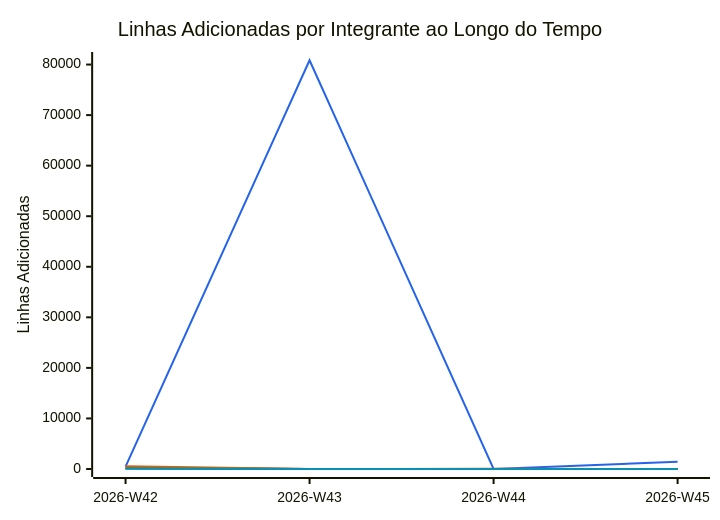
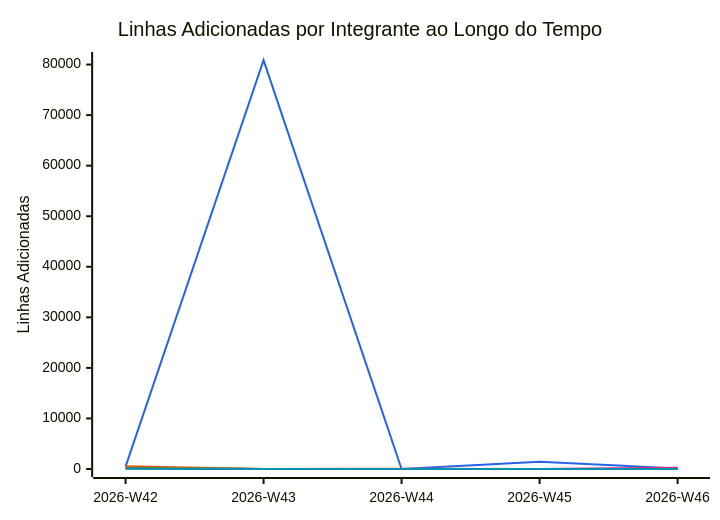
One commit to FCTE-Qualidade-de-Software-1/2026-2_T02_KAY_MCNULTY changed the diagram in snippets/code-additions.mmd. Above: the diagram before and after it, drawn with Mermaid. The commit also changed 11 other files, not shown here.

```diff
--- a/snippets/code-additions.mmd
+++ b/snippets/code-additions.mmd
@@ -1,11 +1,11 @@
 %%{init: {"themeVariables": {"xyChart": {"plotColorPalette": "#2563eb, #7c3aed, #db2777, #ea580c, #16a34a, #0891b2"}}}}%%
 xychart-beta
     title "Linhas Adicionadas por Integrante ao Longo do Tempo"
-    x-axis ["2026-W42", "2026-W43", "2026-W44", "2026-W45"]
+    x-axis ["2026-W42", "2026-W43", "2026-W44", "2026-W45", "2026-W46"]
     y-axis "Linhas Adicionadas" 0 --> 80900
-    line [463, 80854, 0, 1449]
-    line [147, 0, 0, 0]
-    line [230, 0, 0, 0]
-    line [535, 0, 39, 0]
-    line [161, 0, 0, 0]
-    line [73, 0, 0, 0]
+    line [463, 80854, 0, 1449, 102]
+    line [147, 0, 0, 0, 67]
+    line [230, 0, 0, 0, 246]
+    line [535, 0, 39, 0, 0]
+    line [161, 0, 0, 0, 0]
+    line [73, 0, 0, 0, 0]
```
